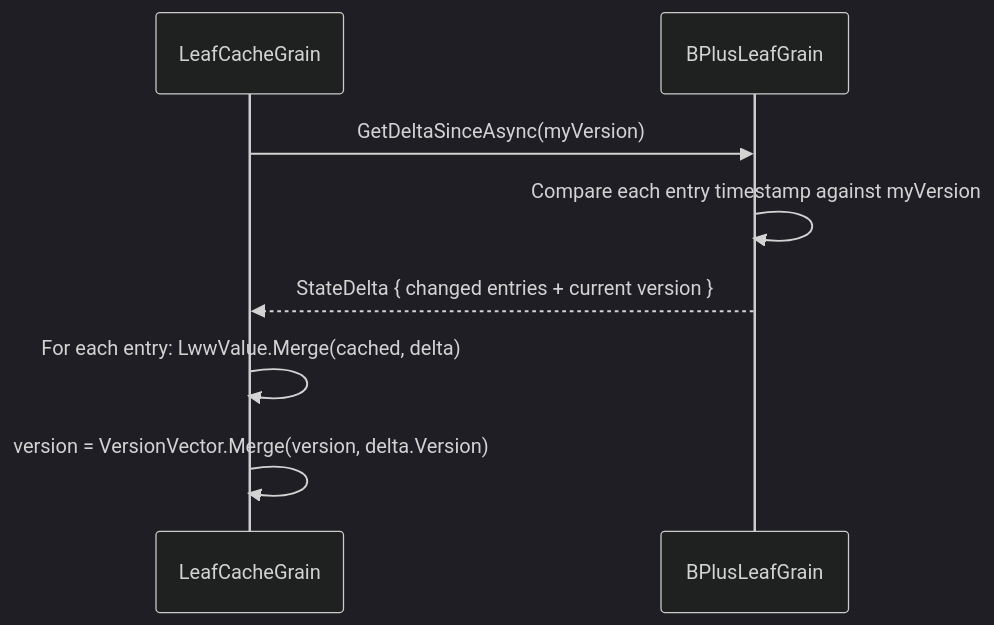
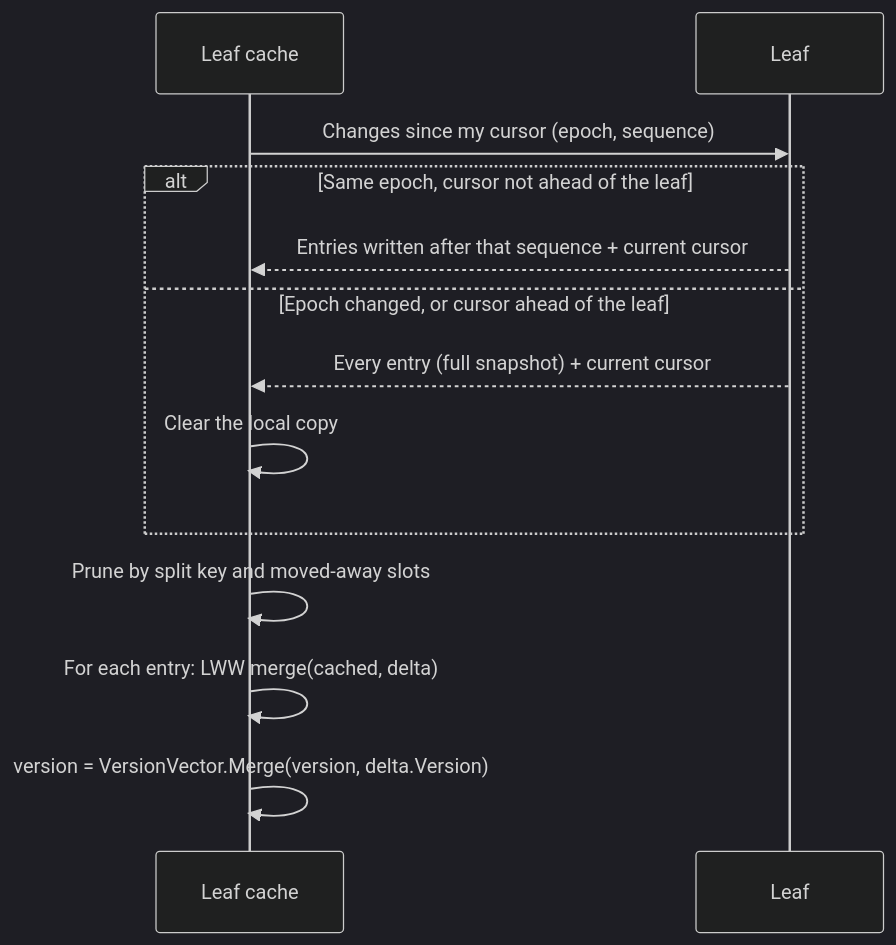
One commit to NSTA1/Orleans.Lattice changed the second of 2 diagrams in docs/lattice/state-primitives.md. Above: the diagram before and after it, drawn with Mermaid (dark theme). The commit also changed other lines of this file and 448 other files, not shown here.

First line of the commit message:
docs: full documentation accuracy sweep against source (2026-09-25)

````diff
--- a/docs/lattice/state-primitives.md
+++ b/docs/lattice/state-primitives.md
@@ -99,11 +103,16 @@
 ```mermaid
 sequenceDiagram
-    participant Cache as LeafCacheGrain
-    participant Leaf as BPlusLeafGrain
+    participant Cache as Leaf cache
+    participant Leaf as Leaf
 
-    Cache->>Leaf: GetDeltaSinceAsync(myVersion)
-    Leaf->>Leaf: Compare each entry timestamp against myVersion
-    Leaf-->>Cache: StateDelta { changed entries + current version }
-    Cache->>Cache: For each entry: LwwValue.Merge(cached, delta)
+    Cache->>Leaf: Changes since my cursor (epoch, sequence)
+    alt Same epoch, cursor not ahead of the leaf
+        Leaf-->>Cache: Entries written after that sequence + current cursor
+    else Epoch changed, or cursor ahead of the leaf
+        Leaf-->>Cache: Every entry (full snapshot) + current cursor
+        Cache->>Cache: Clear the local copy
+    end
+    Cache->>Cache: Prune by split key and moved-away slots
+    Cache->>Cache: For each entry: LWW merge(cached, delta)
     Cache->>Cache: version = VersionVector.Merge(version, delta.Version)
 ```
````
